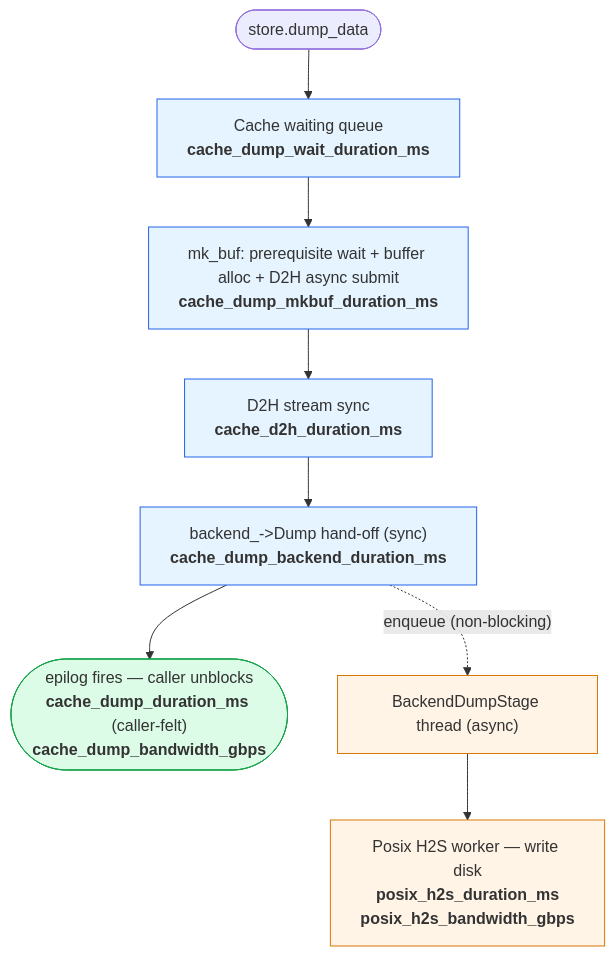
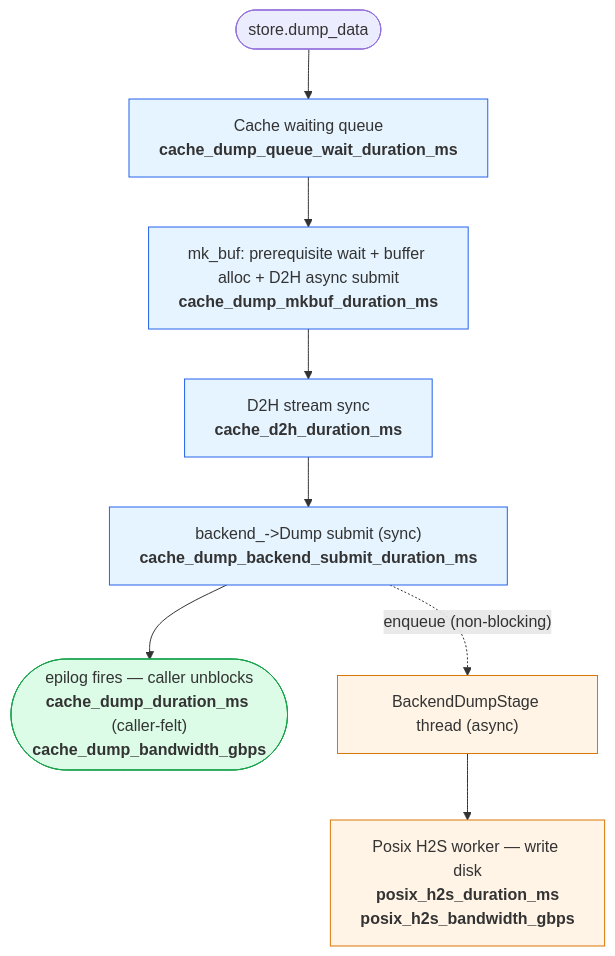
One commit to ModelEngine-Group/unified-cache-management changed the fourth of 4 diagrams in docs/source/user-guide/metrics/performance_analysis.md. Above: the diagram before and after it, drawn with Mermaid. The commit also changed other lines of this file and 4 other files, not shown here.

````diff
--- a/docs/source/user-guide/metrics/performance_analysis.md
+++ b/docs/source/user-guide/metrics/performance_analysis.md
@@ -81,19 +81,19 @@
 ```mermaid
 flowchart TD
     A(["store.dump_data"])
-    B["Cache waiting queue<br/><b>cache_dump_wait_duration_ms</b>"]
+    B["Cache waiting queue<br/><b>cache_dump_queue_wait_duration_ms</b>"]
     C["mk_buf: prerequisite wait + buffer alloc + D2H async submit<br/><b>cache_dump_mkbuf_duration_ms</b>"]
     D["D2H stream sync<br/><b>cache_d2h_duration_ms</b>"]
-    E["backend_->Dump hand-off (sync)<br/><b>cache_dump_backend_duration_ms</b>"]
+    E["backend_->Dump submit (sync)<br/><b>cache_dump_backend_submit_duration_ms</b>"]
     H(["epilog fires — caller unblocks<br/><b>cache_dump_duration_ms</b> (caller-felt)<br/><b>cache_dump_bandwidth_gbps</b>"])
     F["BackendDumpStage thread (async)"]
     G["Posix H2S worker — write disk<br/><b>posix_h2s_duration_ms</b><br/><b>posix_h2s_bandwidth_gbps</b>"]
     A --> B --> C --> D --> E --> H
     E -. "enqueue (non-blocking)" .-> F --> G
     classDef cache fill:#e6f4ff,stroke:#2563eb
     classDef posix fill:#fff4e6,stroke:#d97706
     classDef done fill:#dcfce7,stroke:#16a34a
     class B,C,D,E cache
     class F,G posix
     class H done
 ```
````
